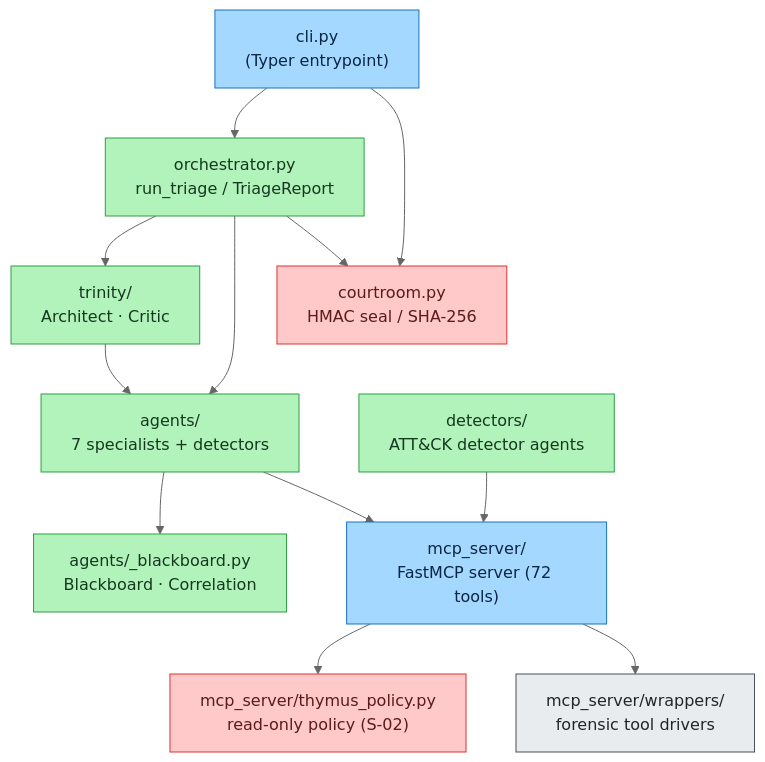
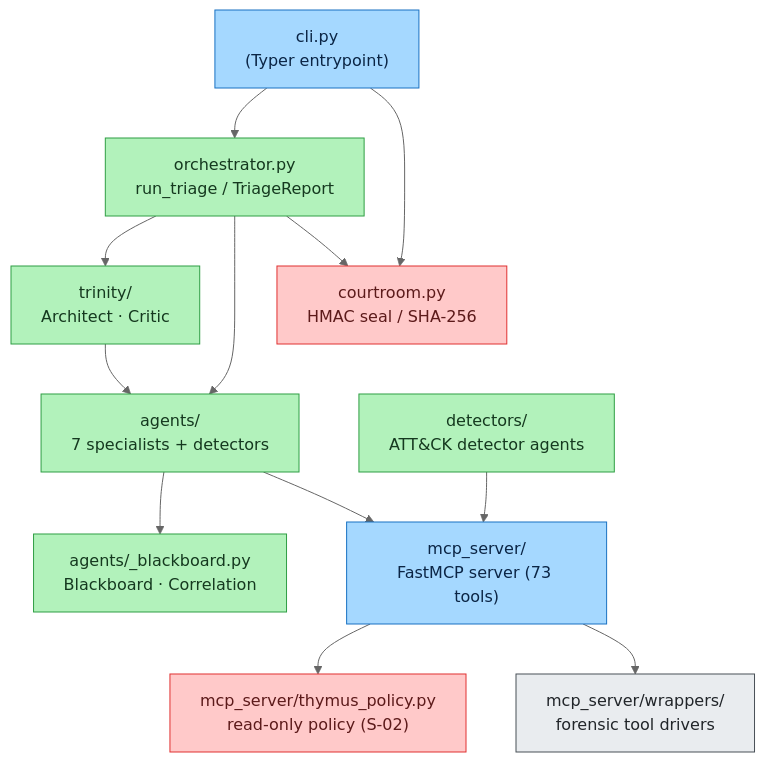
One commit to galvangabriel-web/agentropix-mcp changed the diagram in docs/07-sdlc-ops/implementation.md. Above: the diagram before and after it, drawn with Mermaid (neutral theme). The commit also changed other lines of this file and 80 other files, not shown here.

````diff
--- a/docs/07-sdlc-ops/implementation.md
+++ b/docs/07-sdlc-ops/implementation.md
@@ -46,36 +46,36 @@
 ```mermaid
 graph TD
     CLI["cli.py<br/>(Typer entrypoint)"]
     ORCH["orchestrator.py<br/>run_triage / TriageReport"]
     TRIN["trinity/<br/>Architect · Critic"]
     AG["agents/<br/>7 specialists + detectors"]
     BB["agents/_blackboard.py<br/>Blackboard · Correlation"]
-    MCP["mcp_server/<br/>FastMCP server (72 tools)"]
+    MCP["mcp_server/<br/>FastMCP server (73 tools)"]
     THY["mcp_server/thymus_policy.py<br/>read-only policy (S-02)"]
     WRAP["mcp_server/wrappers/<br/>forensic tool drivers"]
     COURT["courtroom.py<br/>HMAC seal / SHA-256"]
     DET["detectors/<br/>ATT&CK detector agents"]
 
     CLI --> ORCH
     ORCH --> TRIN
     ORCH --> AG
     TRIN --> AG
     AG --> BB
     AG --> MCP
     DET --> MCP
     MCP --> THY
     MCP --> WRAP
     CLI --> COURT
     ORCH --> COURT
 
     classDef api fill:#a5d8ff,stroke:#1971c2,color:#0b2545
     classDef core fill:#b2f2bb,stroke:#2f9e44,color:#15391f
     classDef gov fill:#ffc9c9,stroke:#e03131,color:#5c1a1a
     classDef ext fill:#e9ecef,stroke:#495057,color:#212529
 
     class CLI api
     class ORCH,TRIN,AG,BB,DET core
     class MCP api
     class WRAP ext
     class THY,COURT gov
 ```
````
